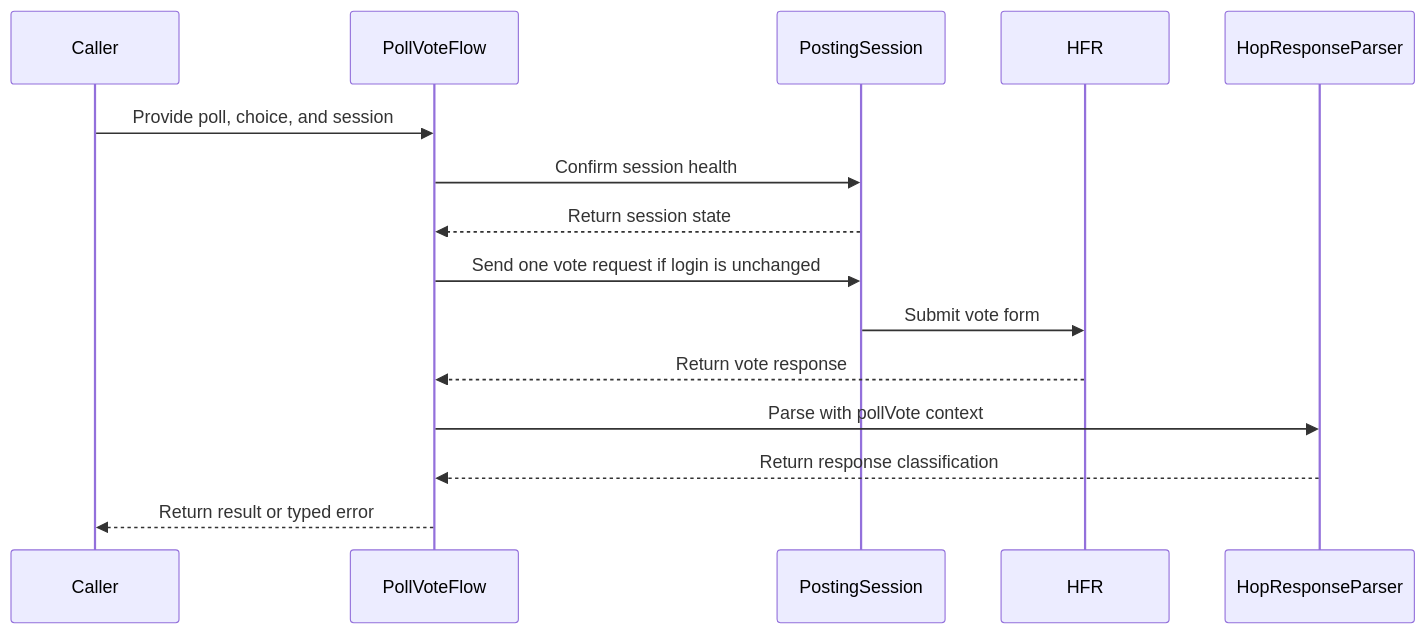
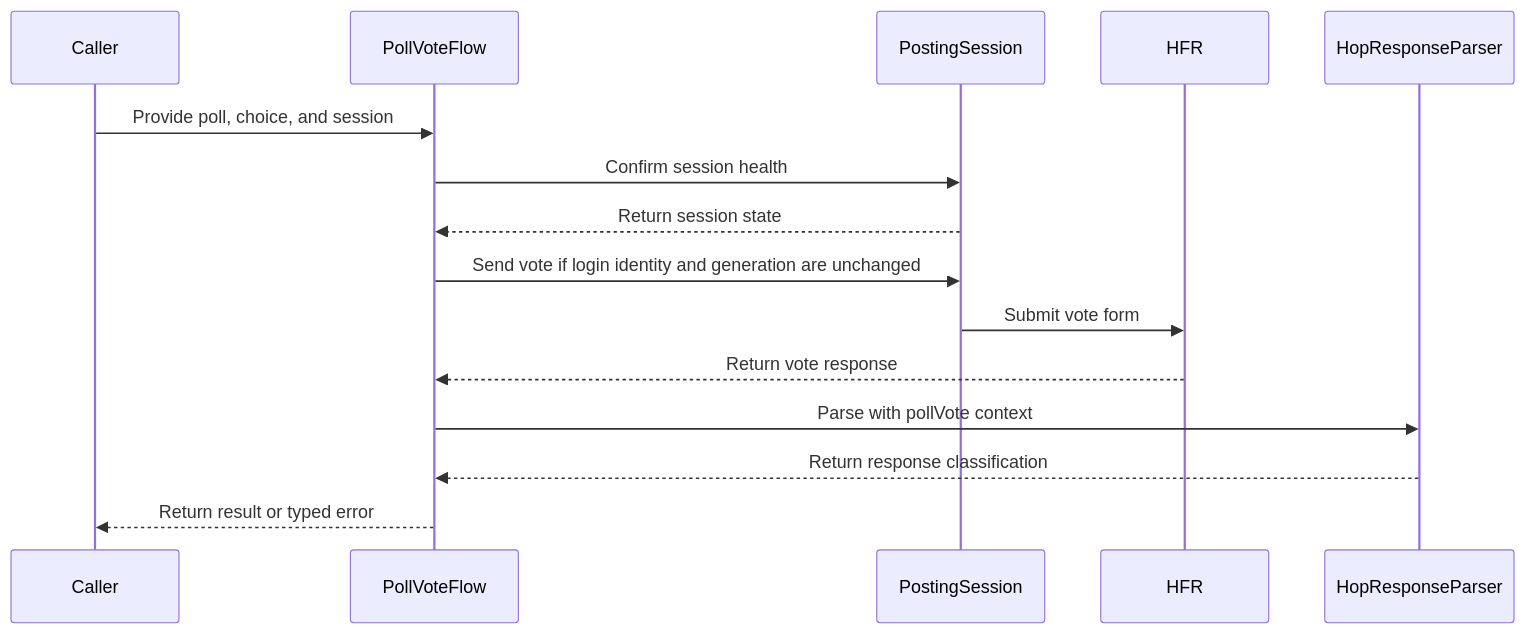
The diagram in pulls/0412.md (francoisgn/ios-app_SwiftHFR), drawn with Mermaid before and after one commit. The commit also changed other lines of this file and 96 other files, not shown here.

````diff
--- a/pulls/0412.md
+++ b/pulls/0412.md
@@ -224,17 +184,17 @@
 ```mermaid
 sequenceDiagram
   participant Caller
   participant PollVoteFlow
   participant PostingSession
   participant HFR
   participant HopResponseParser
   Caller->>PollVoteFlow: Provide poll, choice, and session
   PollVoteFlow->>PostingSession: Confirm session health
   PostingSession-->>PollVoteFlow: Return session state
-  PollVoteFlow->>PostingSession: Send one vote request if login is unchanged
+  PollVoteFlow->>PostingSession: Send vote if login identity and generation are unchanged
   PostingSession->>HFR: Submit vote form
   HFR-->>PollVoteFlow: Return vote response
   PollVoteFlow->>HopResponseParser: Parse with pollVote context
   HopResponseParser-->>PollVoteFlow: Return response classification
   PollVoteFlow-->>Caller: Return result or typed error
 ```
````
